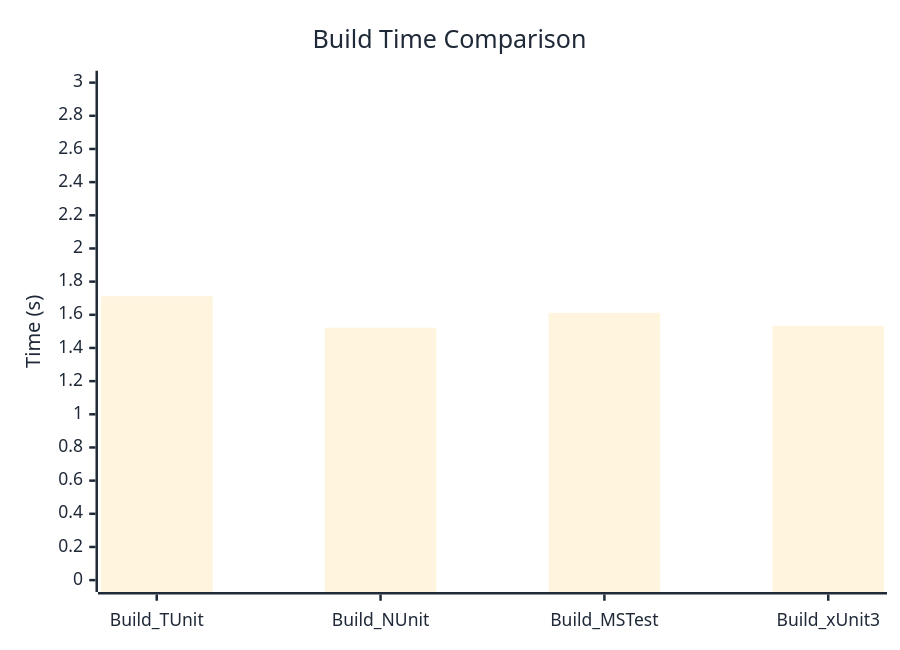
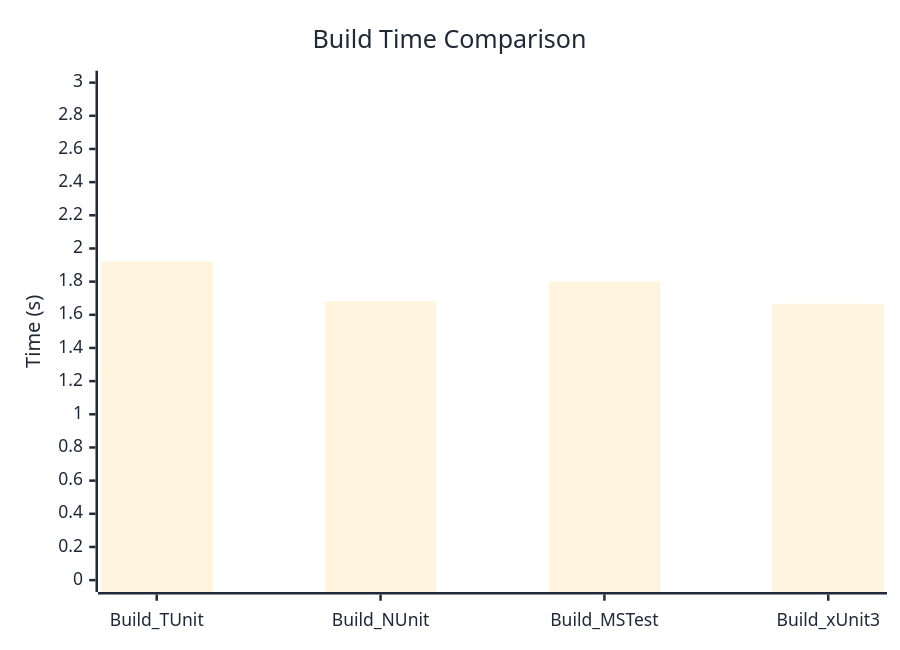
One commit to thomhurst/TUnit changed the diagram in docs/docs/benchmarks/BuildTime.md. Above: the diagram before and after it, drawn with Mermaid. The commit also changed other lines of this file and 17 other files, not shown here.

````diff
--- a/docs/docs/benchmarks/BuildTime.md
+++ b/docs/docs/benchmarks/BuildTime.md
@@ -28,37 +28,37 @@
 ```mermaid
 %%{init: {
   'theme':'base',
   'themeVariables': {
     'primaryColor': '#2563eb',
     'primaryTextColor': '#1f2937',
     'primaryBorderColor': '#1e40af',
     'lineColor': '#6b7280',
     'secondaryColor': '#7c3aed',
     'tertiaryColor': '#dc2626',
     'background': '#ffffff',
     'mainBkg': '#2563eb',
     'secondBkg': '#7c3aed',
     'tertiaryBkg': '#dc2626',
     'clusterBkg': '#f3f4f6',
     'edgeLabelBackground': '#ffffff',
     'tertiaryTextColor': '#1f2937',
     'pie1': '#2563eb',
     'pie2': '#7c3aed',
     'pie3': '#dc2626',
     'pie4': '#f59e0b',
     'pie5': '#10b981',
     'pie6': '#06b6d4',
     'pie7': '#ec4899',
     'pie8': '#6366f1',
     'pie9': '#84cc16',
     'pie10': '#f97316',
     'pie11': '#14b8a6',
     'pie12': '#a855f7'
   }
 }}%%
 xychart-beta
   title "Build Time Comparison"
   x-axis ["Build_TUnit", "Build_NUnit", "Build_MSTest", "Build_xUnit3"]
   y-axis "Time (s)" 0 --> 3
-  bar [1.712, 1.522, 1.612, 1.533]
+  bar [1.922, 1.684, 1.801, 1.667]
 ```
````
